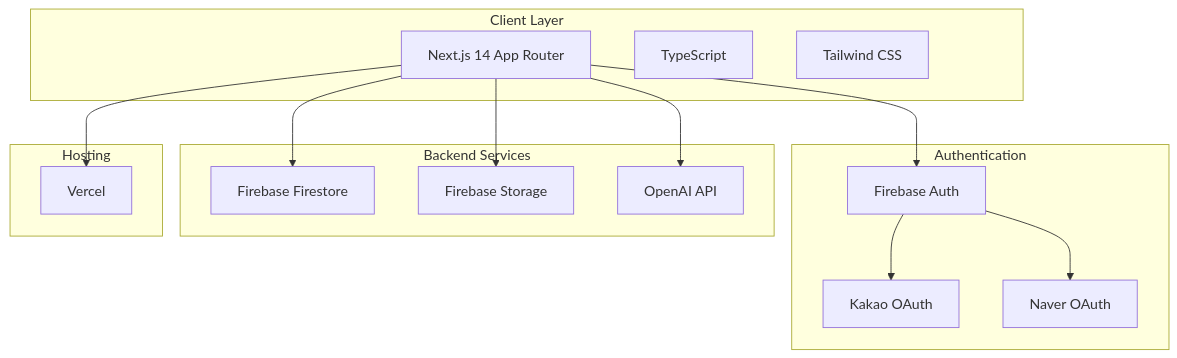
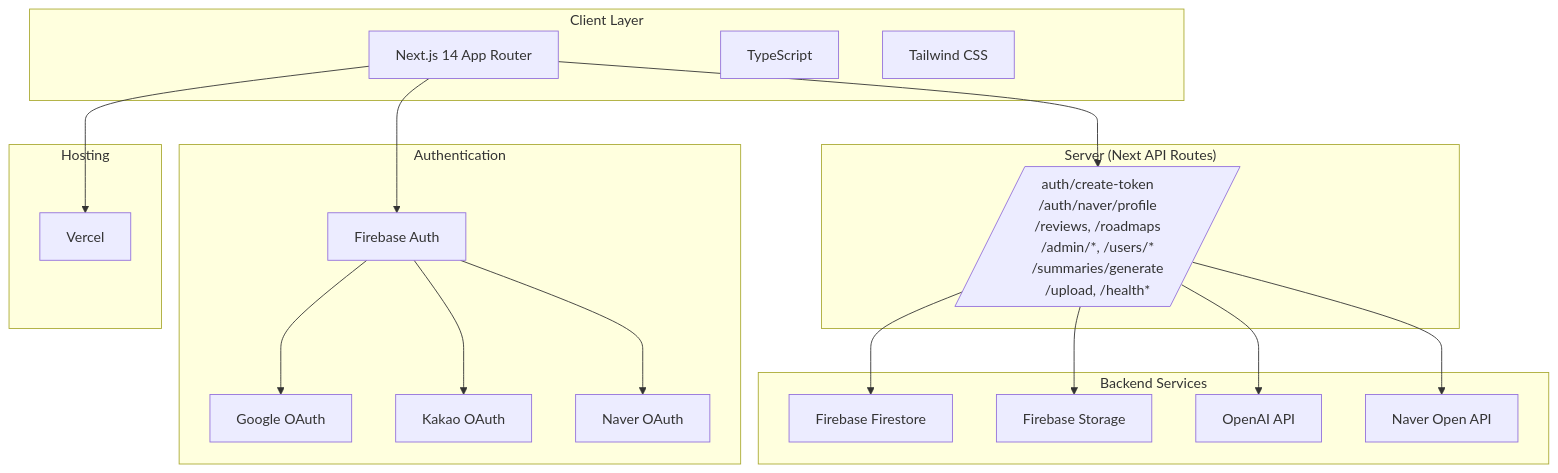
The first of 2 diagrams in .kiro/specs/review-platform-implementation/design.md (ymJung/review-filter-FE), drawn with Mermaid before and after one commit. The commit also changed other lines of this file, not shown here.

First line of the commit message:
docs(design): 실제 구현과 일치하도록 아키텍처/플로우/API/스키마 업데이트

````diff
--- a/.kiro/specs/review-platform-implementation/design.md
+++ b/.kiro/specs/review-platform-implementation/design.md
@@ -11,32 +11,41 @@
 ```mermaid
 graph TB
     subgraph "Client Layer"
         A[Next.js 14 App Router]
         B[TypeScript]
         C[Tailwind CSS]
     end
-    
+
     subgraph "Authentication"
         D[Firebase Auth]
-        E[Kakao OAuth]
-        F[Naver OAuth]
+        E[Google OAuth]
+        F[Kakao OAuth]
+        G[Naver OAuth]
     end
-    
+
+    subgraph "Server (Next API Routes)"
+        S[/auth/create-token\n/auth/naver/profile\n/reviews, /roadmaps\n/admin/*, /users/*\n/summaries/generate\n/upload, /health*/]
+    end
+
     subgraph "Backend Services"
-        G[Firebase Firestore]
-        H[Firebase Storage]
-        I[OpenAI API]
+        H[Firebase Firestore]
+        I[Firebase Storage]
+        J[OpenAI API]
+        K[Naver Open API]
     end
-    
+
     subgraph "Hosting"
-        J[Vercel]
+        V[Vercel]
     end
-    
+
     A --> D
     D --> E
     D --> F
-    A --> G
-    A --> H
-    A --> I
-    A --> J
+    D --> G
+    A --> S
+    S --> H
+    S --> I
+    S --> J
+    S --> K
+    A --> V
 ```
````
